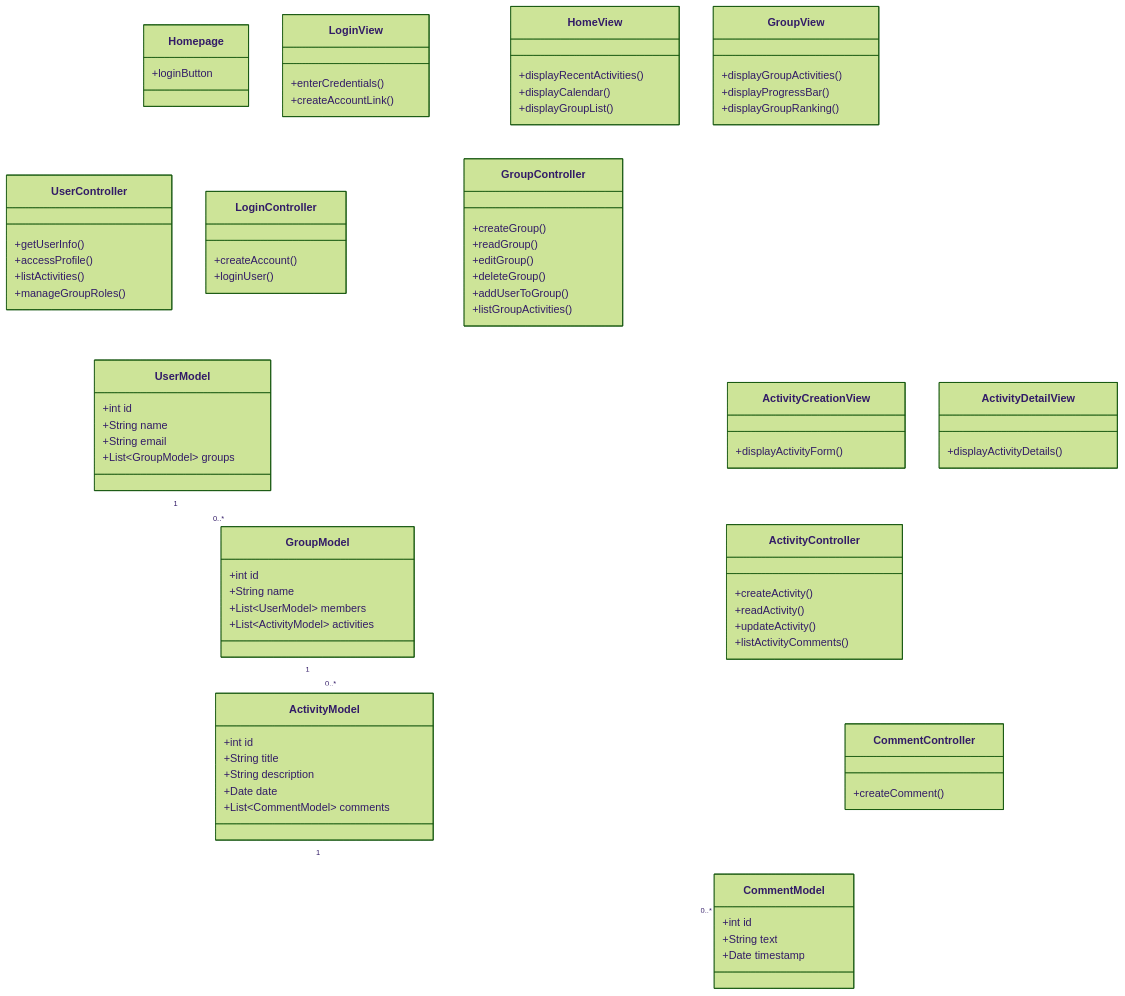
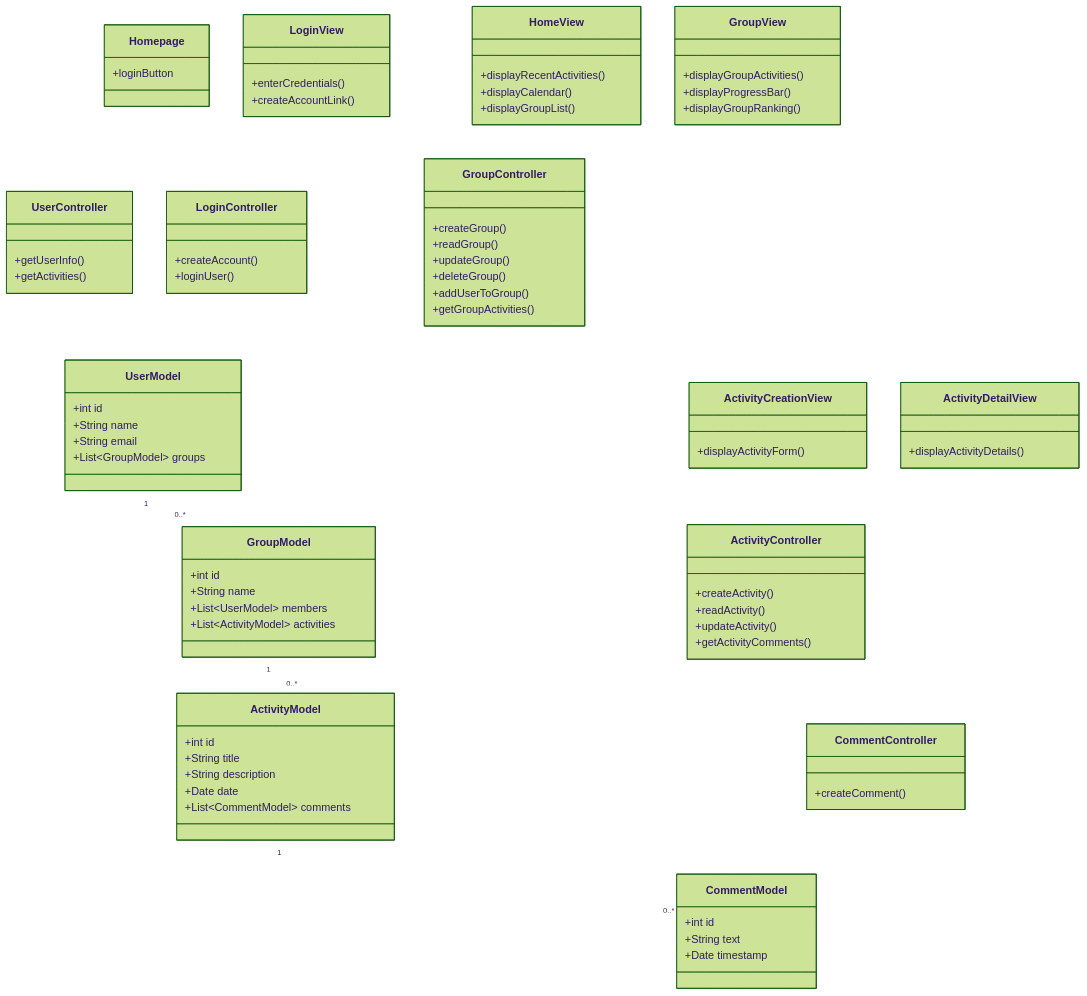
The second of 2 diagrams in README.md (A-codeck/codeck), drawn with Mermaid before and after one commit. The commit also changed other lines of this file, not shown here.

```diff
--- a/README.md
+++ b/README.md
@@ -109,9 +112,7 @@
     %% Controllers
     class UserController {
       +getUserInfo()
-      +accessProfile()
-      +listActivities()
-      +manageGroupRoles()
+      +getActivities()
     }
     class LoginController {
       +createAccount()
@@ -120,16 +121,16 @@
     class GroupController {
       +createGroup()
       +readGroup()
-      +editGroup()
+      +updateGroup()
       +deleteGroup()
       +addUserToGroup()
-      +listGroupActivities()
+      +getGroupActivities()
     }
     class ActivityController {
       +createActivity()
       +readActivity()
       +updateActivity()
-      +listActivityComments()
+      +getActivityComments()
     }
     class CommentController {
       +createComment()
```
